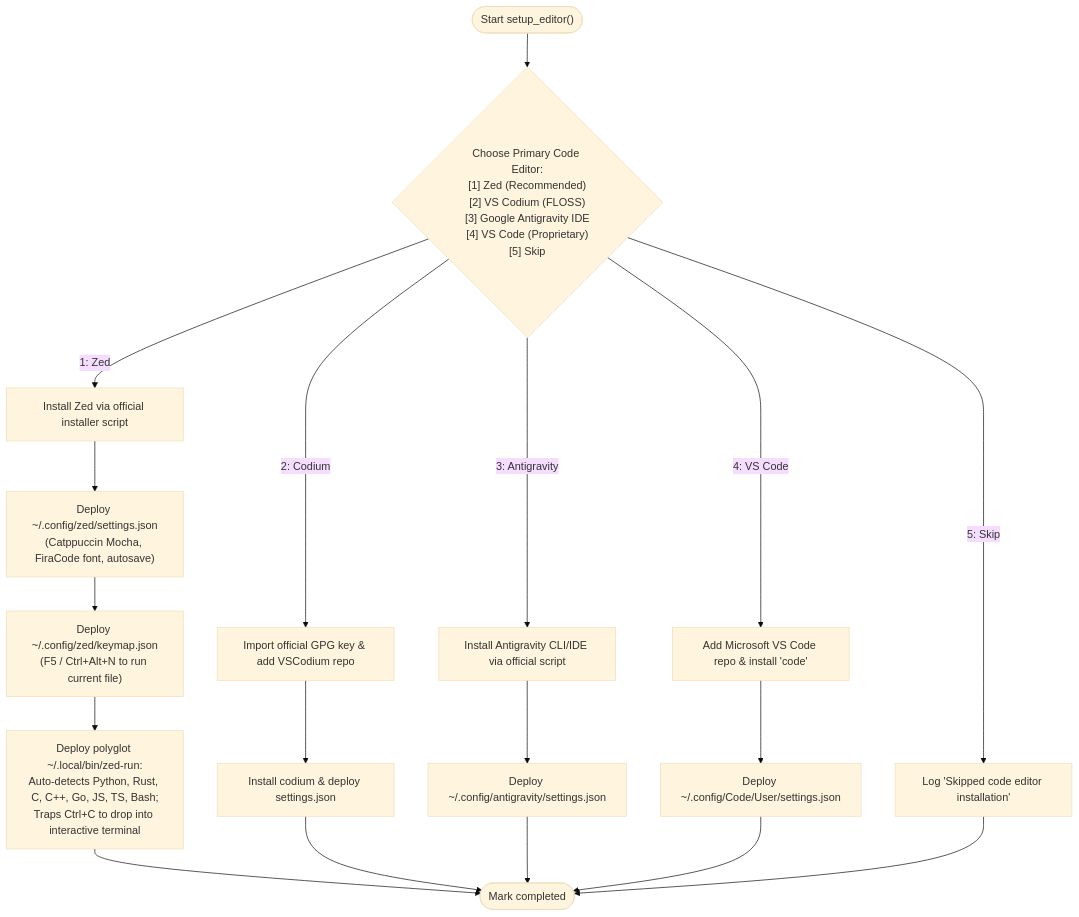
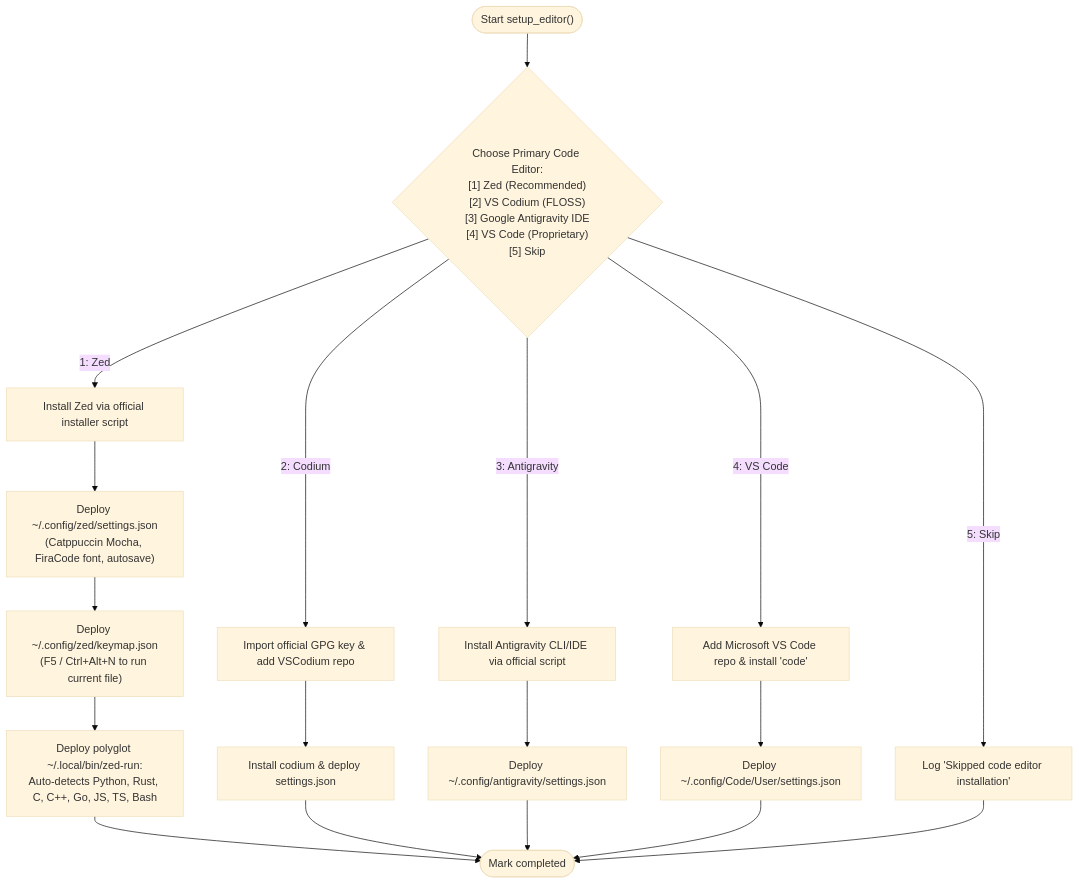
One commit to kk376/fedora-post-install changed diagram 13 of 21 in PSEUDOCODE.md. Above: the diagram before and after it, drawn with Mermaid (base theme). The commit also changed other lines of this file and 3 other files, not shown here.

Commit message:
docs: synchronize HOW_IT_WORKS and PSEUDOCODE with v8.0.0 architecture

````diff
--- a/PSEUDOCODE.md
+++ b/PSEUDOCODE.md
@@ -391,20 +375,20 @@
 ```mermaid
 flowchart TD
     StartEditor(["Start setup_editor()"]) --> EditorMenu{"Choose Primary Code Editor:<br/>[1] Zed (Recommended)<br/>[2] VS Codium (FLOSS)<br/>[3] Google Antigravity IDE<br/>[4] VS Code (Proprietary)<br/>[5] Skip"}
     
     EditorMenu -- 1: Zed --> InstallZed["Install Zed via official installer script"]
     InstallZed --> DeployZedSettings["Deploy ~/.config/zed/settings.json<br/>(Catppuccin Mocha, FiraCode font, autosave)"]
     DeployZedSettings --> DeployZedKeymap["Deploy ~/.config/zed/keymap.json<br/>(F5 / Ctrl+Alt+N to run current file)"]
-    DeployZedKeymap --> DeployZedRunner["Deploy polyglot ~/.local/bin/zed-run:<br/>Auto-detects Python, Rust, C, C++, Go, JS, TS, Bash;<br/>Traps Ctrl+C to drop into interactive terminal"] --> EndEditor(["Mark completed"])
+    DeployZedKeymap --> DeployZedRunner["Deploy polyglot ~/.local/bin/zed-run:<br/>Auto-detects Python, Rust, C, C++, Go, JS, TS, Bash"] --> EndEditor(["Mark completed"])
     
     EditorMenu -- 2: Codium --> AddCodiumRepo["Import official GPG key & add VSCodium repo"]
     AddCodiumRepo --> InstallCodium["Install codium & deploy settings.json"] --> EndEditor
     
     EditorMenu -- 3: Antigravity --> InstallAgy["Install Antigravity CLI/IDE via official script"]
     InstallAgy --> DeployAgySettings["Deploy ~/.config/antigravity/settings.json"] --> EndEditor
     
     EditorMenu -- 4: VS Code --> AddMSCodeRepo["Add Microsoft VS Code repo & install 'code'"]
     AddMSCodeRepo --> DeployCodeSettings["Deploy ~/.config/Code/User/settings.json"] --> EndEditor
     
     EditorMenu -- 5: Skip --> SkipEditor["Log 'Skipped code editor installation'"] --> EndEditor
 ```
````
